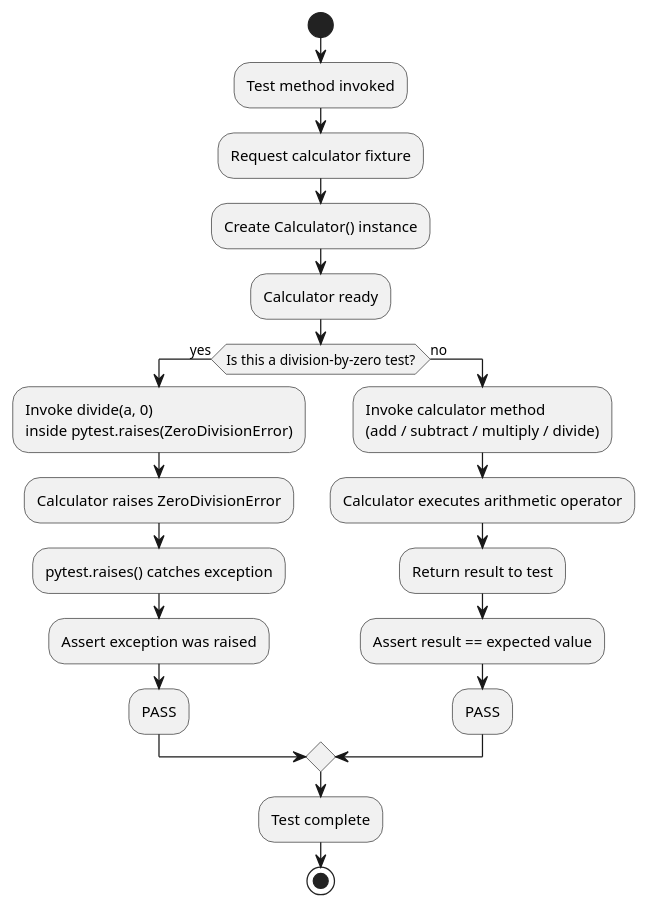
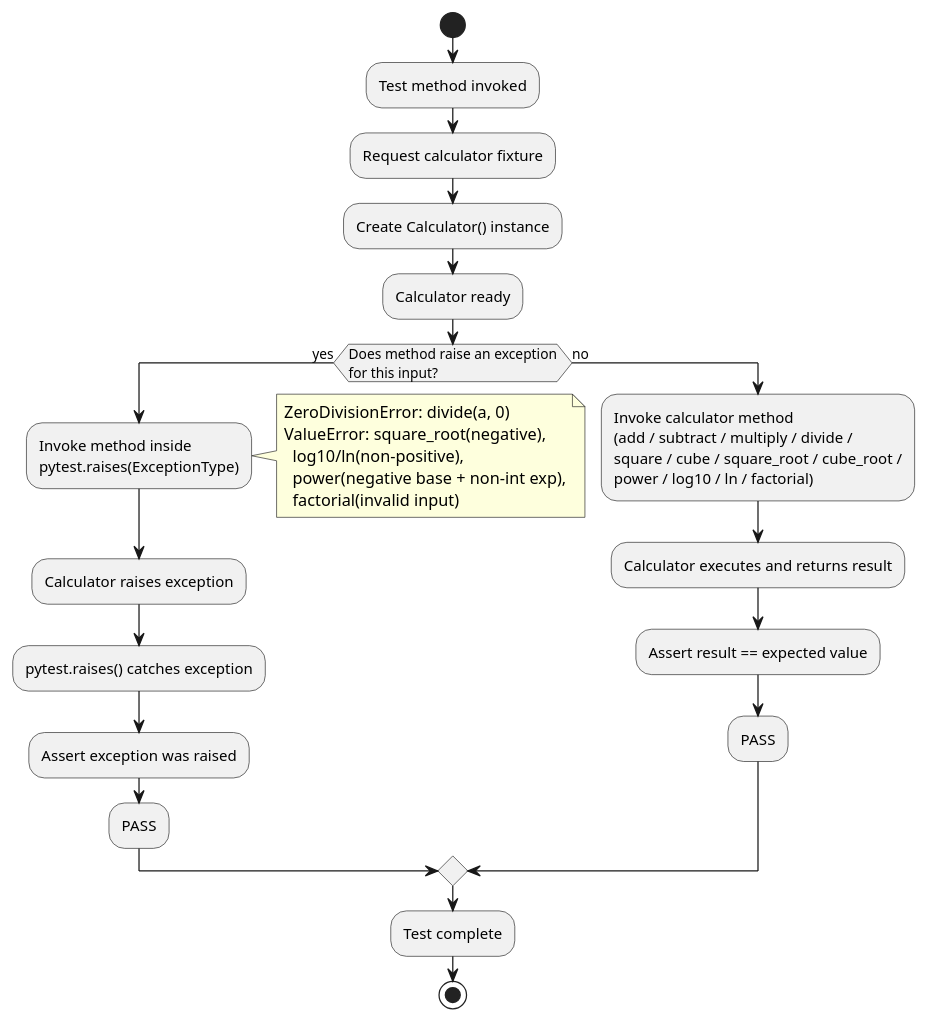
The diagram in artifacts/activity_diagram.puml (DanielRiha8906/Calculator_bachelor_autoevolution_team), drawn with PlantUML before and after one commit. The commit also changed 4 other files, not shown here.

Commit message:
update PlantUML diagrams for advanced operations (issue #381)

```diff
--- a/artifacts/activity_diagram.puml
+++ b/artifacts/activity_diagram.puml
@@ -1,29 +1,35 @@
 @startuml activity_diagram
 
 start
 
 :Test method invoked;
 
 :Request calculator fixture;
 :Create Calculator() instance;
 :Calculator ready;
 
-if (Is this a division-by-zero test?) then (yes)
-    :Invoke divide(a, 0)\ninside pytest.raises(ZeroDivisionError);
-    :Calculator raises ZeroDivisionError;
+if (Does method raise an exception\nfor this input?) then (yes)
+    :Invoke method inside\npytest.raises(ExceptionType);
+    note right
+      ZeroDivisionError: divide(a, 0)
+      ValueError: square_root(negative),
+        log10/ln(non-positive),
+        power(negative base + non-int exp),
+        factorial(invalid input)
+    end note
+    :Calculator raises exception;
     :pytest.raises() catches exception;
     :Assert exception was raised;
     :PASS;
 else (no)
-    :Invoke calculator method\n(add / subtract / multiply / divide);
-    :Calculator executes arithmetic operator;
-    :Return result to test;
+    :Invoke calculator method\n(add / subtract / multiply / divide /\nsquare / cube / square_root / cube_root /\npower / log10 / ln / factorial);
+    :Calculator executes and returns result;
     :Assert result == expected value;
     :PASS;
 endif
 
 :Test complete;
 
 stop
 
 @enduml
```
